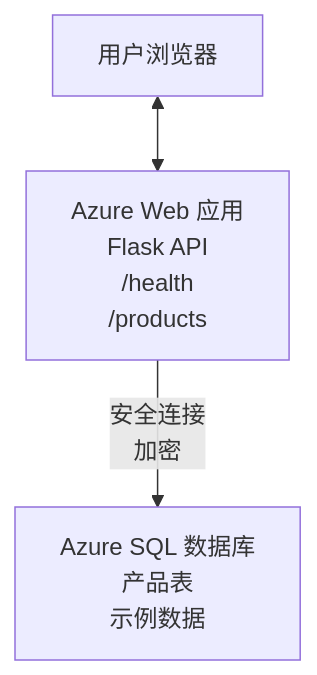
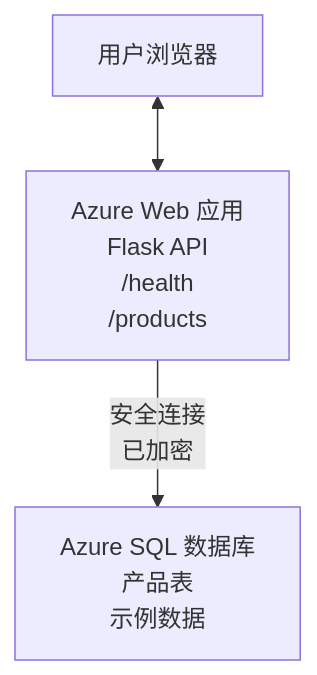
Before and after one commit to microsoft/AZD-for-beginners: the diagram in translations/zh-CN/examples/database-app/README.md, drawn with Mermaid. The commit also changed other lines of this file and 104 other files, not shown here.

````diff
--- a/translations/zh-CN/examples/database-app/README.md
+++ b/translations/zh-CN/examples/database-app/README.md
@@ -72,5 +72,5 @@
 ```mermaid
 graph TD
     Browser[用户浏览器] <--> WebApp[Azure Web 应用<br/>Flask API<br/>/health<br/>/products]
-    WebApp -- 安全连接<br/>加密 --> SQL[Azure SQL 数据库<br/>产品表<br/>示例数据]
+    WebApp -- 安全连接<br/>已加密 --> SQL[Azure SQL 数据库<br/>产品表<br/>示例数据]
 ```
````
